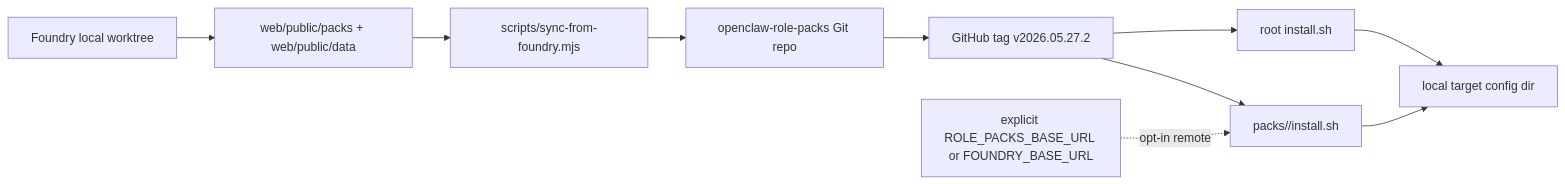
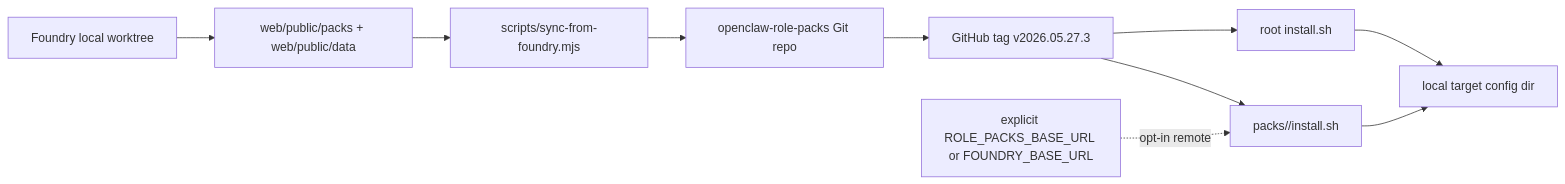
The third of 6 diagrams in doc/00_project/initiative_openclaw_foundry/SYSTEM_ARCHITECTURE.md (MARUCIE/openclaw-foundry), drawn with Mermaid before and after one commit. The commit also changed other lines of this file and 100 other files, not shown here.

````diff
--- a/doc/00_project/initiative_openclaw_foundry/SYSTEM_ARCHITECTURE.md
+++ b/doc/00_project/initiative_openclaw_foundry/SYSTEM_ARCHITECTURE.md
@@ -134,12 +134,12 @@
 ```mermaid
 flowchart LR
   A[Foundry local worktree] --> B[web/public/packs + web/public/data]
   B --> C[scripts/sync-from-foundry.mjs]
   C --> D[openclaw-role-packs Git repo]
-  D --> E[GitHub tag v2026.05.27.2]
+  D --> E[GitHub tag v2026.05.27.3]
   E --> F[root install.sh]
   E --> G[packs/<id>/install.sh]
   F --> H[local target config dir]
   G --> H
   I[explicit ROLE_PACKS_BASE_URL or FOUNDRY_BASE_URL] -. opt-in remote .-> G
 ```
````
